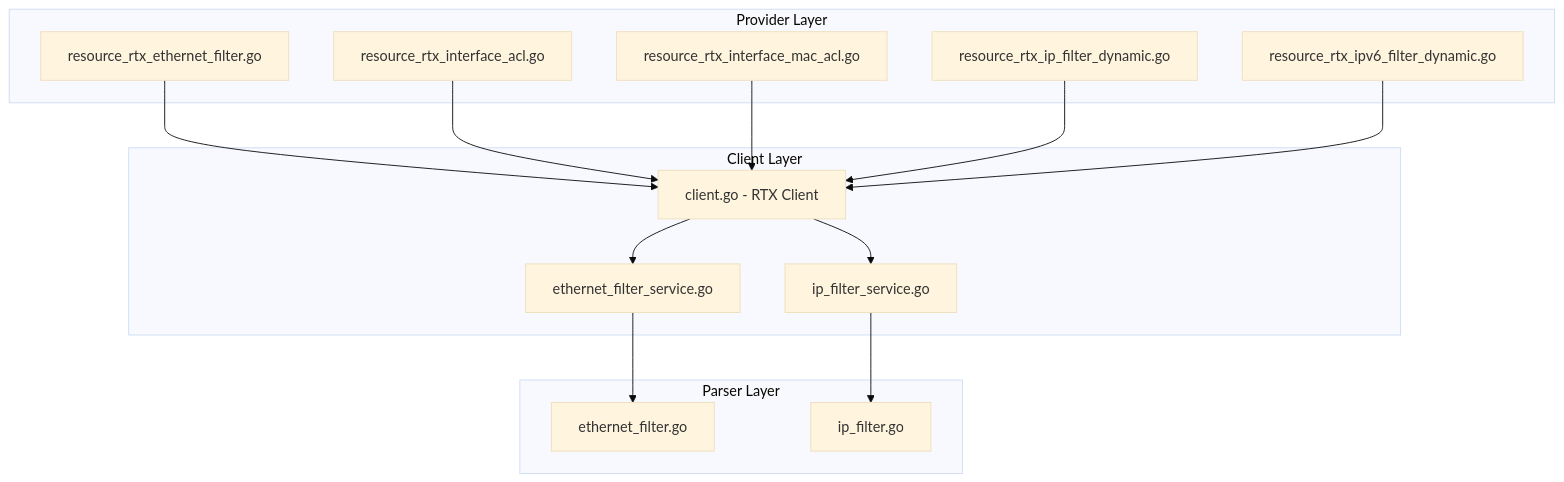
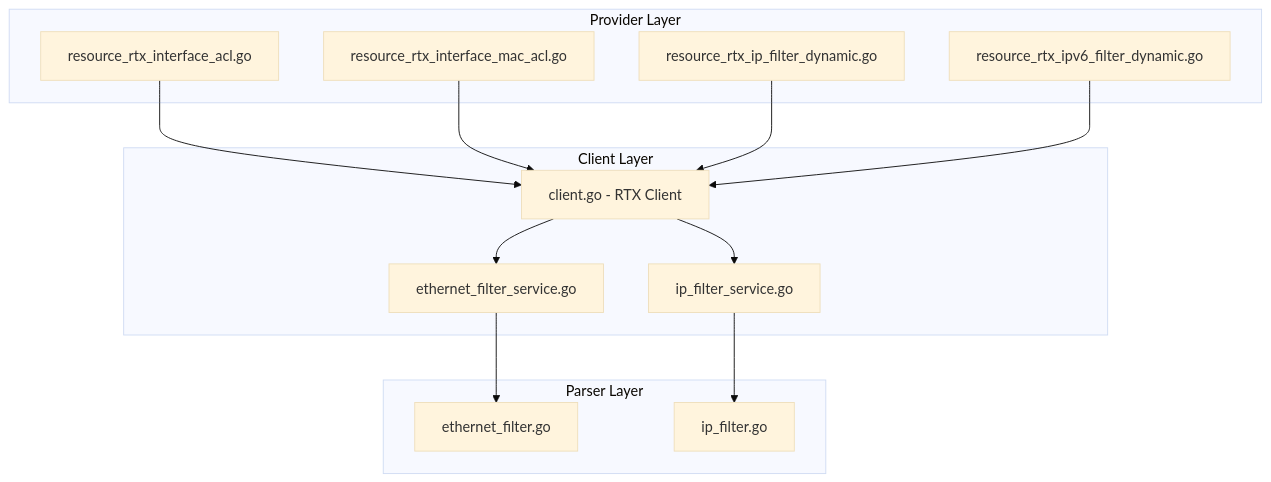
One commit to shin1ohno/terraform-provider-rtx changed the first of 2 diagrams in .spec-workflow/master-specs/filter/design.md. Above: the diagram before and after it, drawn with Mermaid (base theme). The commit also changed other lines of this file and 7 other files, not shown here.

First line of the commit message:
filter: remove rtx_ethernet_filter resource

````diff
--- a/.spec-workflow/master-specs/filter/design.md
+++ b/.spec-workflow/master-specs/filter/design.md
@@ -59,33 +61,31 @@
 ```mermaid
 graph TD
     subgraph Provider Layer
-        EthernetFilter[resource_rtx_ethernet_filter.go]
         InterfaceACL[resource_rtx_interface_acl.go]
         InterfaceMACACL[resource_rtx_interface_mac_acl.go]
         IPFilterDynamic[resource_rtx_ip_filter_dynamic.go]
         IPv6FilterDynamic[resource_rtx_ipv6_filter_dynamic.go]
     end
 
     subgraph Client Layer
         Client[client.go - RTX Client]
         EthernetSvc[ethernet_filter_service.go]
         IPFilterSvc[ip_filter_service.go]
     end
 
     subgraph Parser Layer
         EthernetParser[ethernet_filter.go]
         IPFilterParser[ip_filter.go]
     end
 
-    EthernetFilter --> Client
     InterfaceACL --> Client
     InterfaceMACACL --> Client
     IPFilterDynamic --> Client
     IPv6FilterDynamic --> Client
 
     Client --> EthernetSvc
     Client --> IPFilterSvc
 
     EthernetSvc --> EthernetParser
     IPFilterSvc --> IPFilterParser
 ```
````
